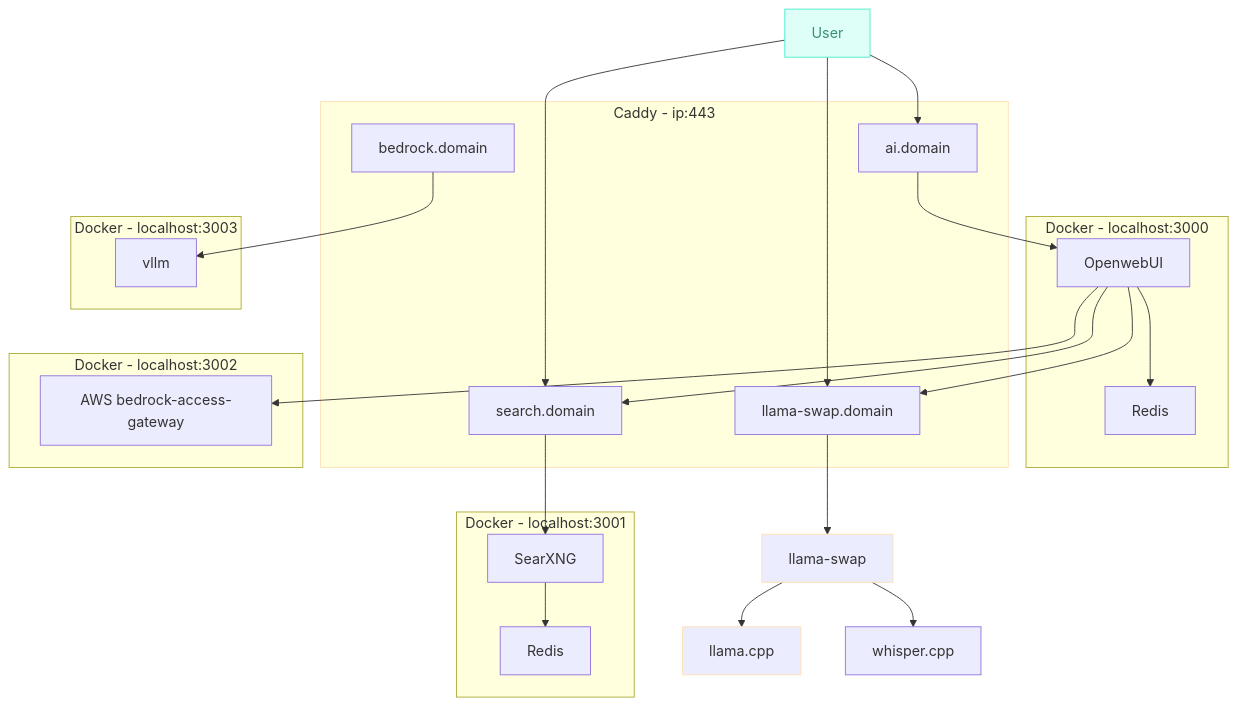
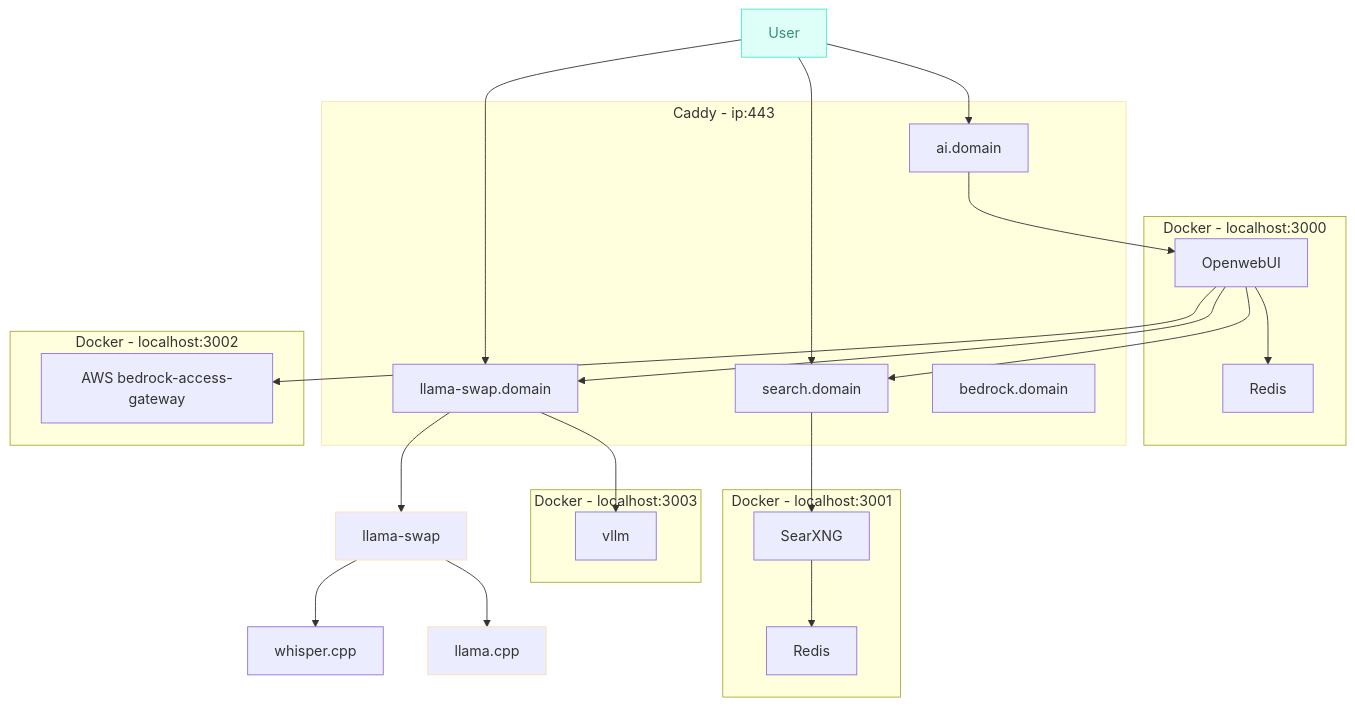
The diagram in README.md (cycl00ps/ai-lab), drawn with Mermaid before and after one commit.

````diff
--- a/README.md
+++ b/README.md
@@ -13,41 +13,41 @@
 ```mermaid
 flowchart TD
  subgraph subGraph0["Docker - localhost:3000"]
         B["Redis"]
         A["OpenwebUI"]
   end
  subgraph subGraph1["Docker - localhost:3001"]
         D["Redis"]
         C["SearXNG"]
   end
  subgraph subGraph2["Caddy - ip:443"]
         E["ai.domain"]
         H["search.domain"]
         J["llama-swap.domain"]
         Y["bedrock.domain"]
   end
  subgraph subGraph3["Docker - localhost:3003"]
         K["vllm"]
   end
  subgraph subGraph4["Docker - localhost:3002"]
         L["AWS bedrock-access-gateway"]
   end
 
     A --> B & H & J & L
     C --> D
     E --> A
     H --> C
     F["llama-swap"] --> G["llama.cpp"]
     F["llama-swap"] --> Z["whisper.cpp"]
-    Y --> K
+    J --> K
     I["User"] --> E
     I["User"] --> H
     I --> J
     J --> F
 
 I:::Aqua
     classDef Aqua stroke-width:1px, stroke-dasharray:none, stroke:#46EDC8, fill:#DEFFF8, color:#378E7A
     style F stroke:#FFE0B2
     style G stroke:#FFE0B2
     style subGraph2 stroke:#FFE0B2
 ```
````
